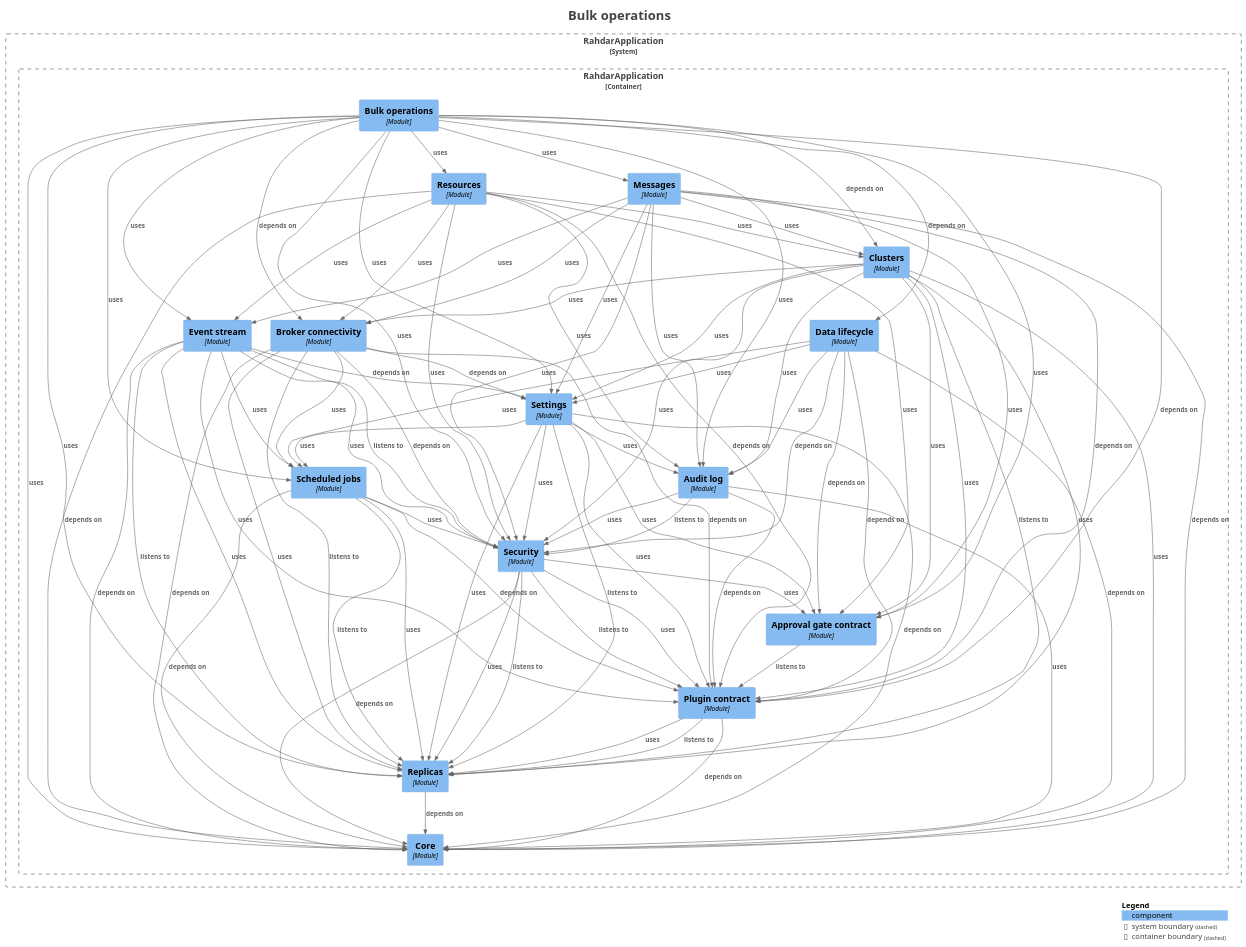
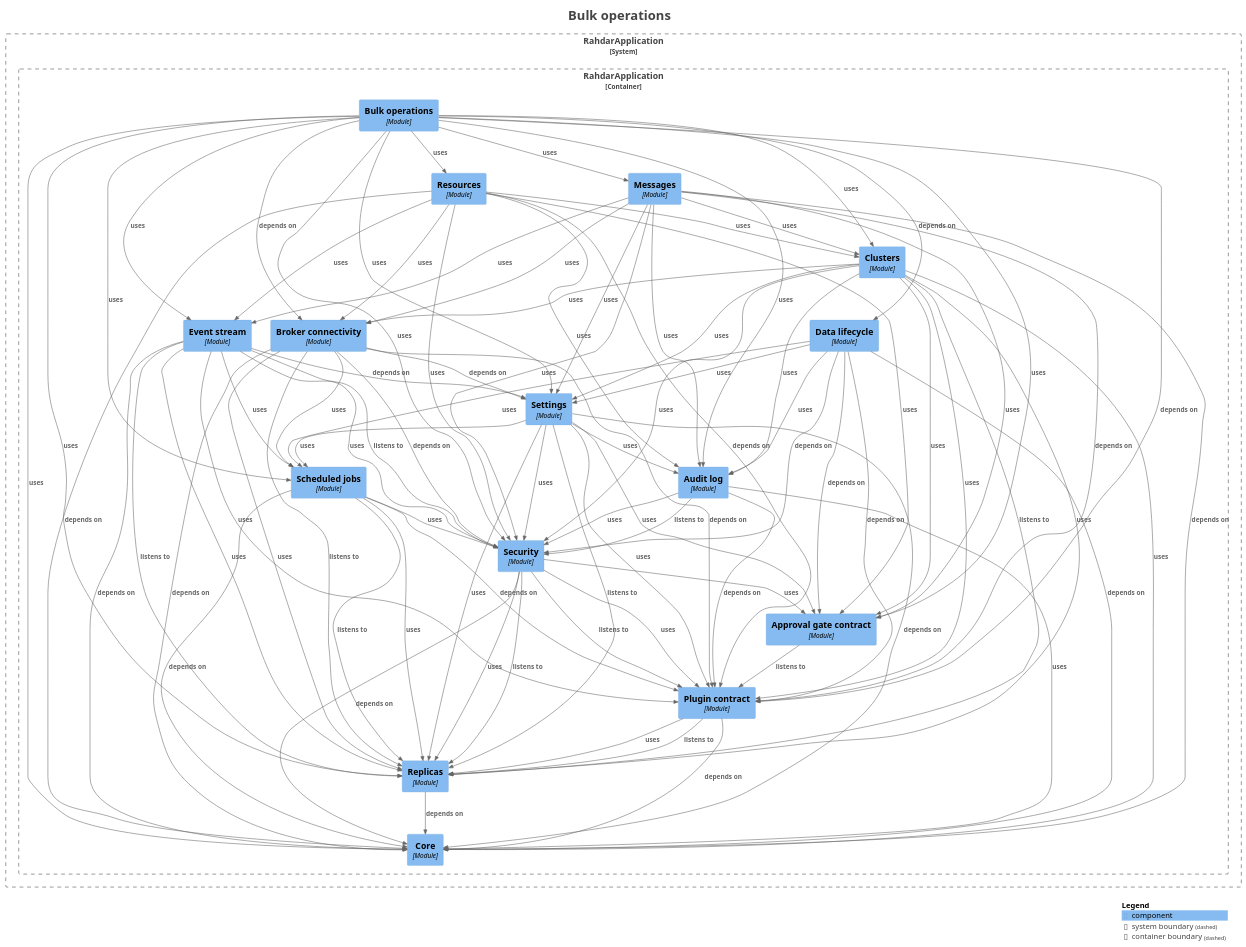
The diagram in docs/modules/module-feature.bulk.puml (sudoitir/rahdar), drawn with PlantUML before and after one commit. The commit also changed 10 other files, not shown here.

```diff
--- a/docs/modules/module-feature.bulk.puml
+++ b/docs/modules/module-feature.bulk.puml
@@ -51,7 +51,7 @@
 Rel(RahdarApplication.RahdarApplication.Bulkoperations, RahdarApplication.RahdarApplication.Approvalgatecontract, "uses", $techn="", $tags="", $link="")
 Rel(RahdarApplication.RahdarApplication.Bulkoperations, RahdarApplication.RahdarApplication.Auditlog, "uses", $techn="", $tags="", $link="")
 Rel(RahdarApplication.RahdarApplication.Bulkoperations, RahdarApplication.RahdarApplication.Brokerconnectivity, "depends on", $techn="", $tags="", $link="")
-Rel(RahdarApplication.RahdarApplication.Bulkoperations, RahdarApplication.RahdarApplication.Clusters, "depends on", $techn="", $tags="", $link="")
+Rel(RahdarApplication.RahdarApplication.Bulkoperations, RahdarApplication.RahdarApplication.Clusters, "uses", $techn="", $tags="", $link="")
 Rel(RahdarApplication.RahdarApplication.Bulkoperations, RahdarApplication.RahdarApplication.Core, "uses", $techn="", $tags="", $link="")
 Rel(RahdarApplication.RahdarApplication.Bulkoperations, RahdarApplication.RahdarApplication.Datalifecycle, "depends on", $techn="", $tags="", $link="")
 Rel(RahdarApplication.RahdarApplication.Bulkoperations, RahdarApplication.RahdarApplication.Eventstream, "uses", $techn="", $tags="", $link="")
```
